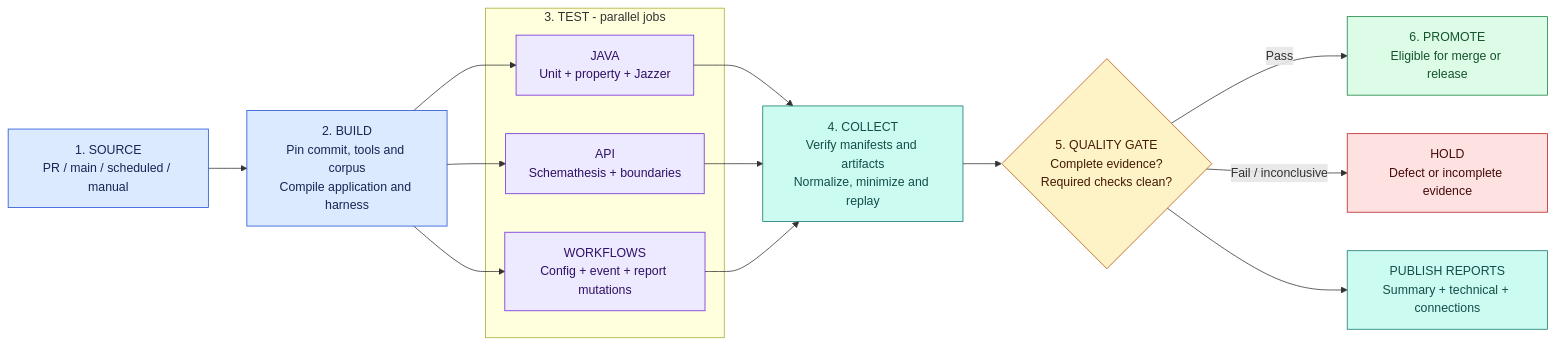
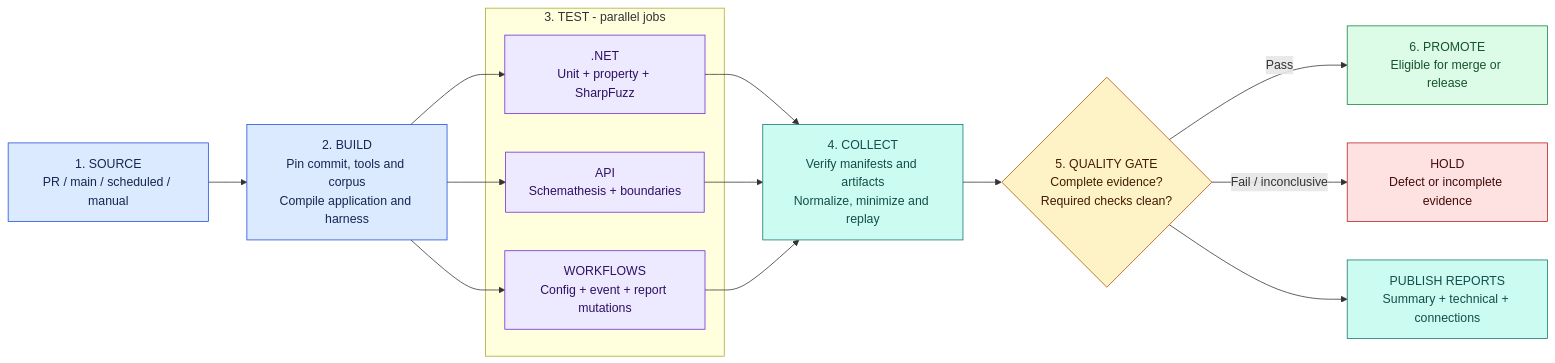
Before and after one commit to ChristianPresley/agentic-pipelines: the first of 3 diagrams in docs/fuzzing-pipeline-view.md, drawn with Mermaid. The commit also changed other lines of this file and 104 other files, not shown here.

````diff
--- a/docs/fuzzing-pipeline-view.md
+++ b/docs/fuzzing-pipeline-view.md
@@ -77,38 +77,38 @@
 ```mermaid
 flowchart LR
   Source["1. SOURCE<br/>PR / main / scheduled / manual"]
   Build["2. BUILD<br/>Pin commit, tools and corpus<br/>Compile application and harness"]
   subgraph Tests["3. TEST - parallel jobs"]
-    Java["JAVA<br/>Unit + property + Jazzer"]
+    Dotnet[".NET<br/>Unit + property + SharpFuzz"]
     HTTP["API<br/>Schemathesis + boundaries"]
     Workflow["WORKFLOWS<br/>Config + event + report mutations"]
   end
   Evidence["4. COLLECT<br/>Verify manifests and artifacts<br/>Normalize, minimize and replay"]
   Gate{"5. QUALITY GATE<br/>Complete evidence?<br/>Required checks clean?"}
   Ready["6. PROMOTE<br/>Eligible for merge or release"]
   Hold["HOLD<br/>Defect or incomplete evidence"]
   Report["PUBLISH REPORTS<br/>Summary + technical + connections"]
   Source --> Build
-  Build --> Java
+  Build --> Dotnet
   Build --> HTTP
   Build --> Workflow
-  Java --> Evidence
+  Dotnet --> Evidence
   HTTP --> Evidence
   Workflow --> Evidence
   Evidence --> Gate
   Gate -->|Pass| Ready
   Gate -->|Fail / inconclusive| Hold
   Gate --> Report
   classDef source fill:#dbeafe,stroke:#1d4ed8,color:#172554
   classDef test fill:#ede9fe,stroke:#6d28d9,color:#2e1065
   classDef evidence fill:#ccfbf1,stroke:#0f766e,color:#134e4a
   classDef gate fill:#fef3c7,stroke:#b45309,color:#451a03
   classDef pass fill:#dcfce7,stroke:#15803d,color:#14532d
   classDef hold fill:#fee2e2,stroke:#b91c1c,color:#450a0a
   class Source,Build source
-  class Java,HTTP,Workflow test
+  class Dotnet,HTTP,Workflow test
   class Evidence,Report evidence
   class Gate gate
   class Ready pass
   class Hold hold
 ```
````
